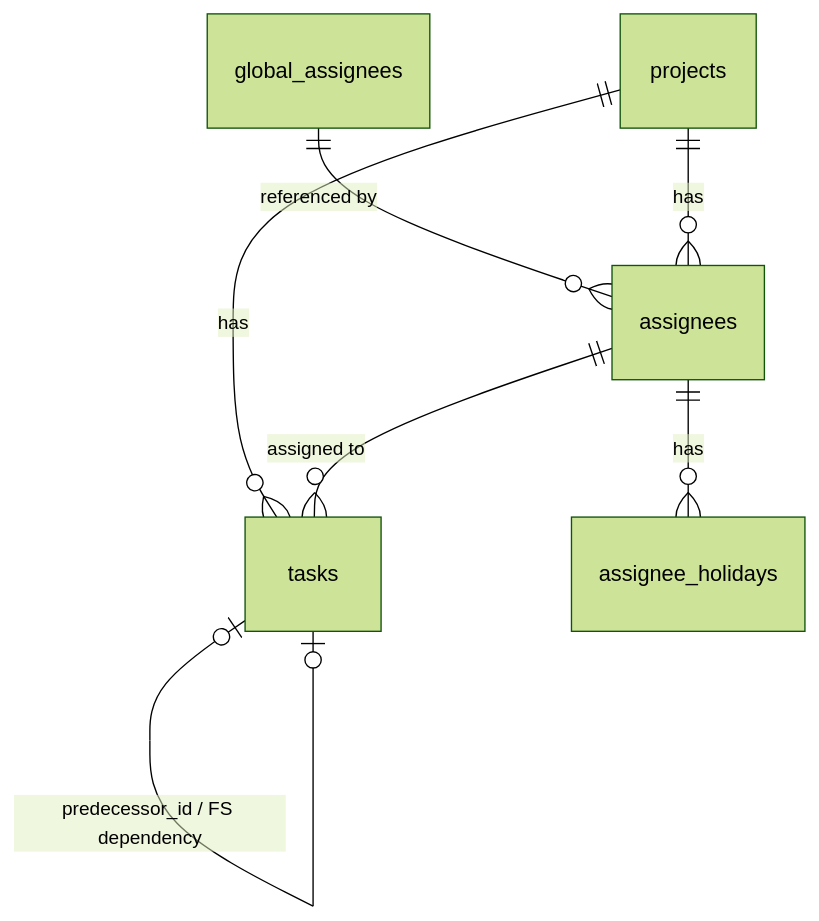
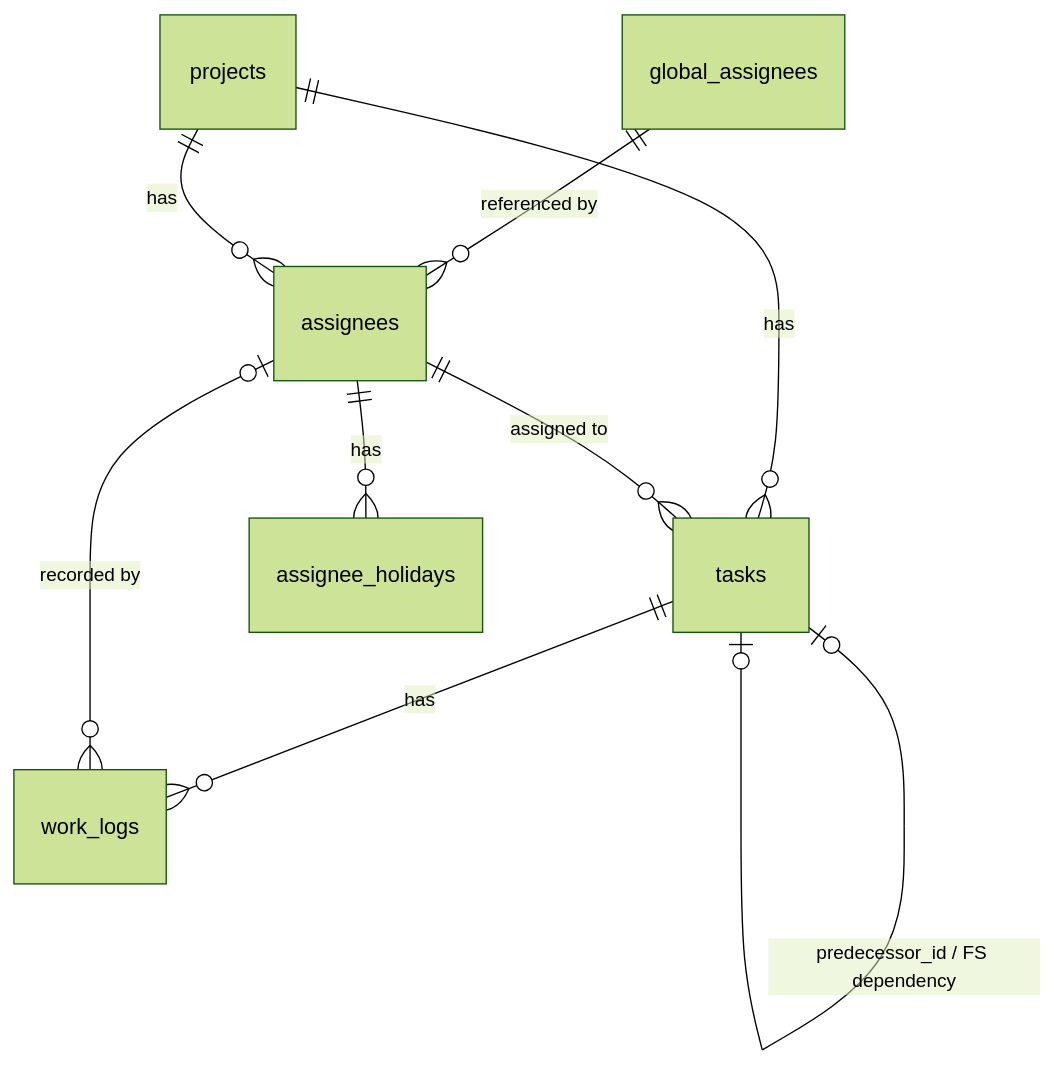
The diagram in doc/tables/index.md (g1044291/WBSync), drawn with Mermaid (forest theme) before and after one commit. The commit also changed other lines of this file and 12 other files, not shown here.

First line of the commit message:
#50 日々の作業実績を記録する work_logs テーブルの追加

````diff
--- a/doc/tables/index.md
+++ b/doc/tables/index.md
@@ -35,10 +36,12 @@
 ```mermaid
 erDiagram
     global_assignees ||--o{ assignees : "referenced by"
     projects ||--o{ assignees : "has"
     projects ||--o{ tasks : "has"
     tasks    |o--o{ tasks : "parent_id / children"
     tasks    |o--o| tasks : "predecessor_id / FS dependency"
     assignees ||--o{ tasks : "assigned to"
     assignees ||--o{ assignee_holidays : "has"
+    tasks    ||--o{ work_logs : "has"
+    assignees |o--o{ work_logs : "recorded by"
 ```
````
